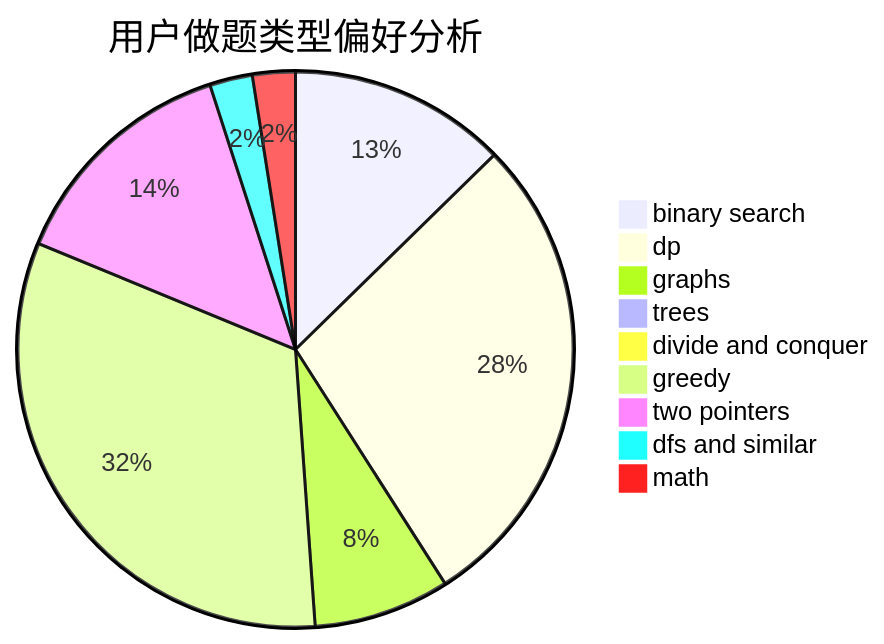
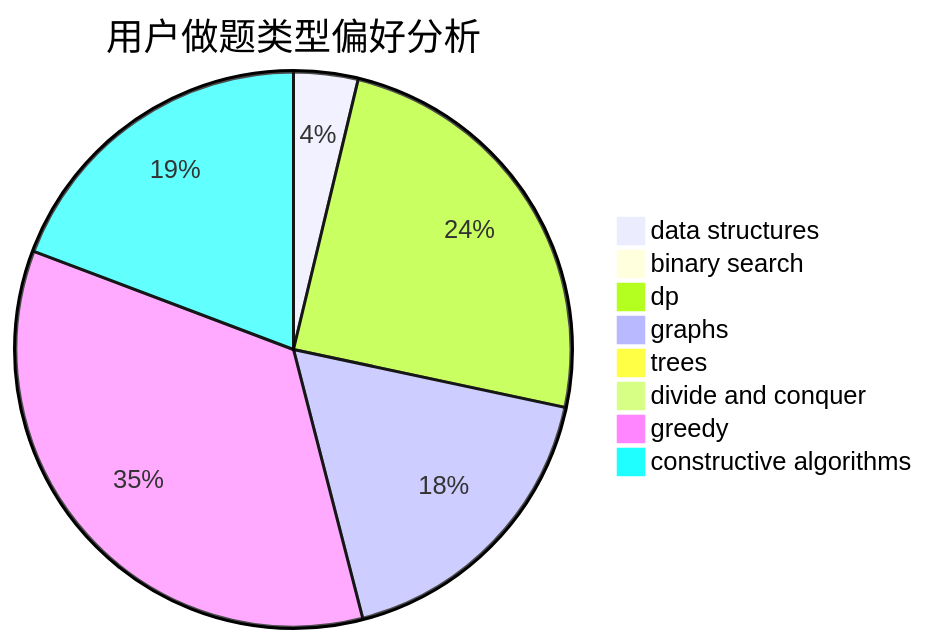
The second of 3 diagrams in docs/user/u155.md (sherpahu/cfrs.github.io), drawn with Mermaid before and after one commit. The commit also changed other lines of this file and 2775 other files, not shown here.

````diff
--- a/docs/user/u155.md
+++ b/docs/user/u155.md
@@ -23,12 +23,11 @@
 ```mermaid
 pie title 用户做题类型偏好分析
-    "binary search" :  56
-    "dp" :  125
-    "graphs" :  35
+    "data structures" :  7
+    "binary search" :  1
+    "dp" :  46
+    "graphs" :  33
     "trees" :  0
     "divide and conquer" :  0
-    "greedy" :  143
-    "two pointers" :  61
-    "dfs and similar" :  11
-    "math" :  11
+    "greedy" :  65
+    "constructive algorithms" :  36
 ```
````
